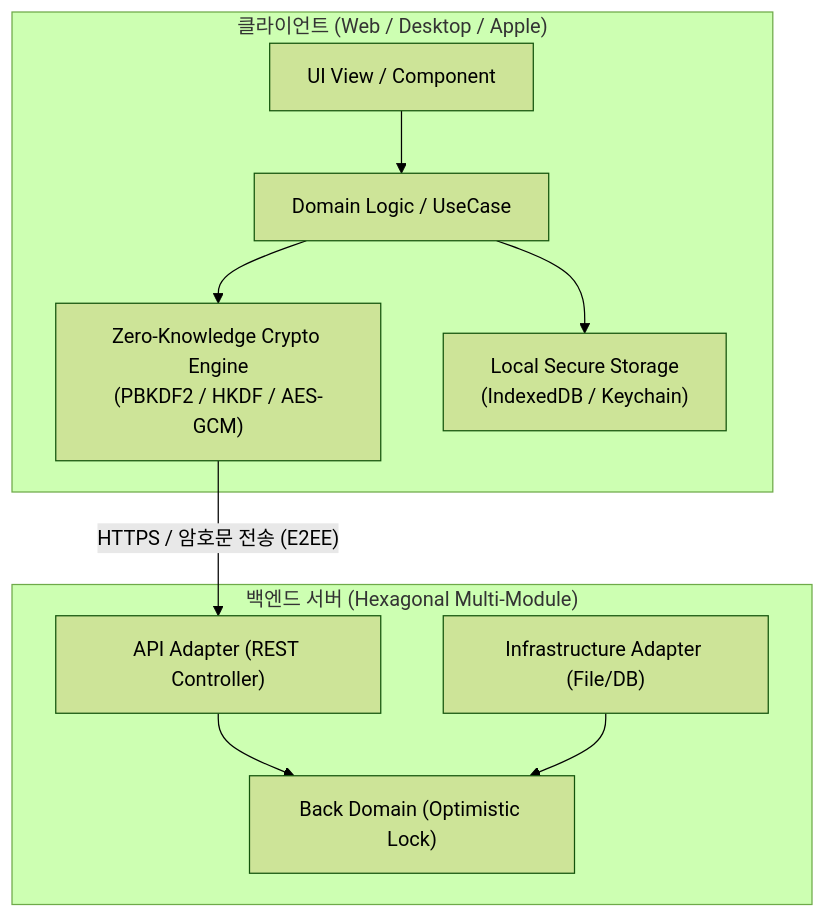
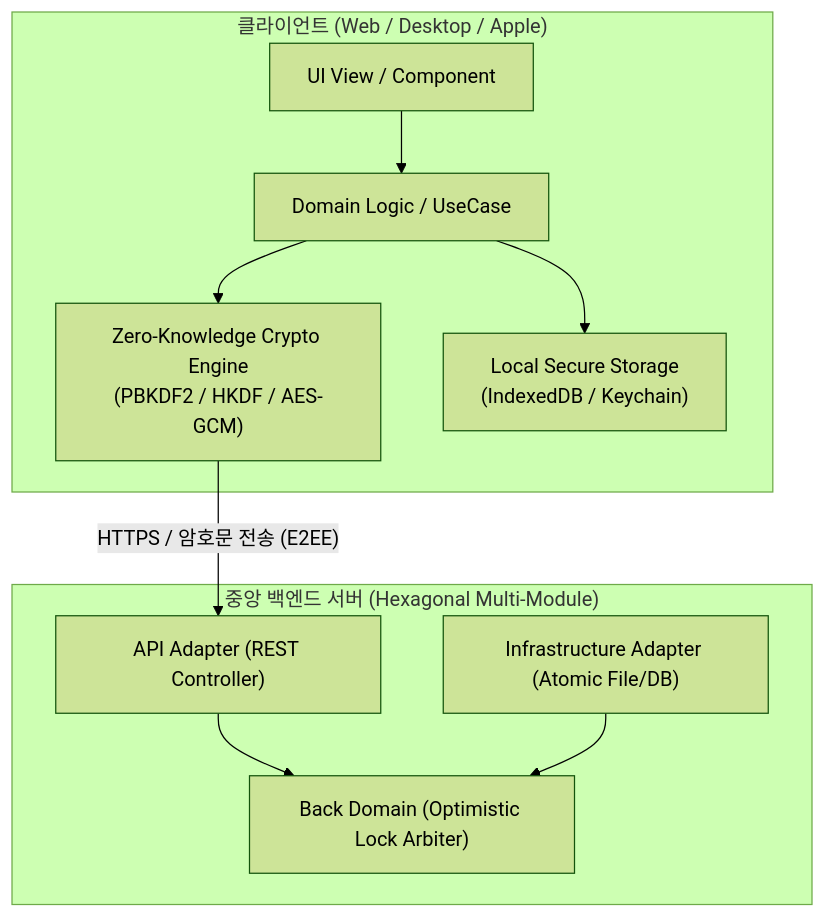
Before and after one commit to carti1108/KeyManage: the diagram in README.md, drawn with Mermaid (forest theme). The commit also changed other lines of this file and 3 other files, not shown here.

````diff
--- a/README.md
+++ b/README.md
@@ -92,24 +104,24 @@
 ```mermaid
 flowchart TD
     subgraph Client["클라이언트 (Web / Desktop / Apple)"]
         UI["UI View / Component"]
         Domain["Domain Logic / UseCase"]
         Crypto["Zero-Knowledge Crypto Engine<br/>(PBKDF2 / HKDF / AES-GCM)"]
         LocalStorage["Local Secure Storage<br/>(IndexedDB / Keychain)"]
         
         UI --> Domain
         Domain --> Crypto
         Domain --> LocalStorage
     end
 
-    subgraph Server["백엔드 서버 (Hexagonal Multi-Module)"]
+    subgraph Server["중앙 백엔드 서버 (Hexagonal Multi-Module)"]
         API["API Adapter (REST Controller)"]
-        CoreDomain["Back Domain (Optimistic Lock)"]
-        Infra["Infrastructure Adapter (File/DB)"]
+        CoreDomain["Back Domain (Optimistic Lock Arbiter)"]
+        Infra["Infrastructure Adapter (Atomic File/DB)"]
         
         API --> CoreDomain
         Infra --> CoreDomain
     end
 
     Crypto -- "HTTPS / 암호문 전송 (E2EE)" --> API
 ```
````
